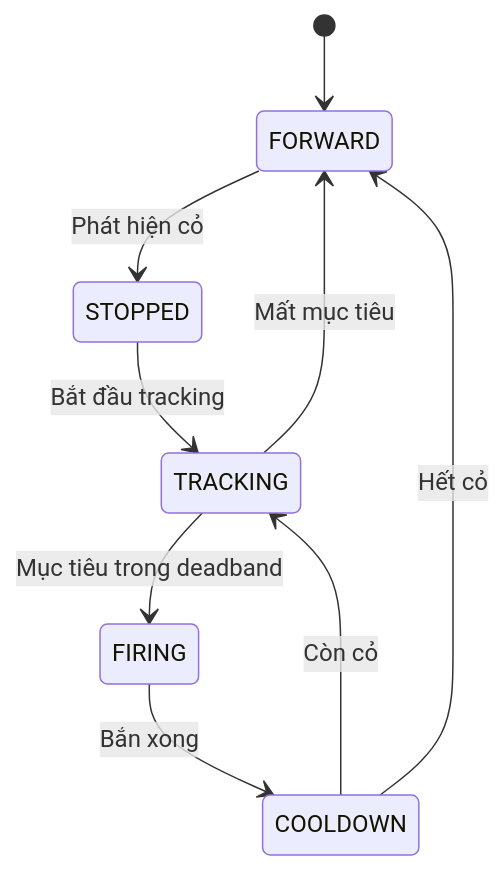
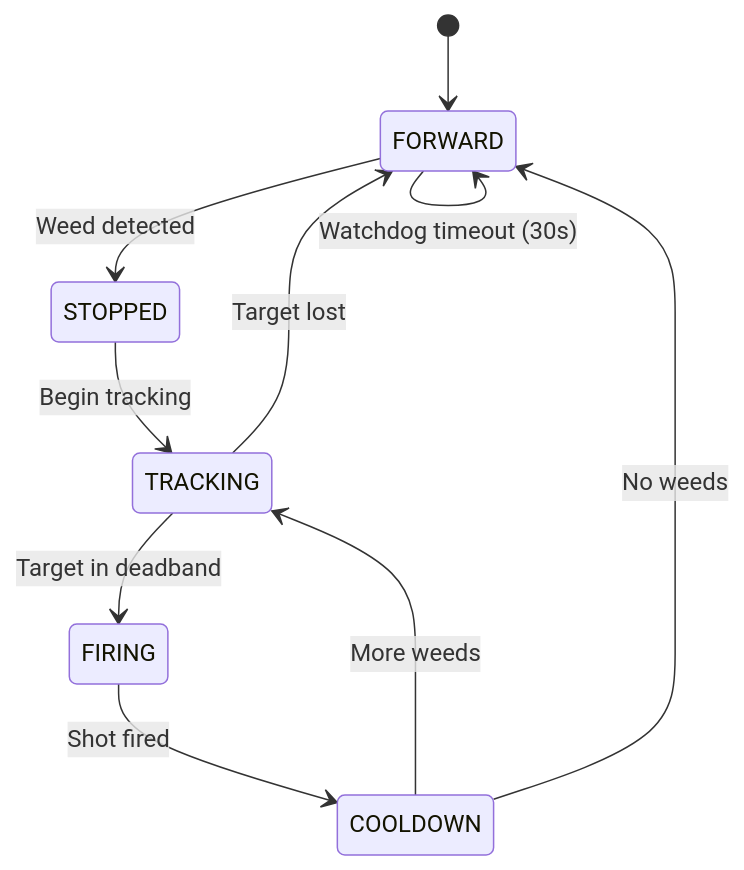
Before and after one commit to ngphong01/Detectgrass_IOT: the diagram in README.md, drawn with Mermaid. The commit also changed other lines of this file, not shown here.

````diff
--- a/README.md
+++ b/README.md
@@ -149,11 +238,12 @@
 ```mermaid
 stateDiagram-v2
     [*] --> FORWARD
-    FORWARD --> STOPPED : Phát hiện cỏ
-    STOPPED --> TRACKING : Bắt đầu tracking
-    TRACKING --> FIRING : Mục tiêu trong deadband
-    FIRING --> COOLDOWN : Bắn xong
-    COOLDOWN --> TRACKING : Còn cỏ
-    COOLDOWN --> FORWARD : Hết cỏ
-    TRACKING --> FORWARD : Mất mục tiêu
+    FORWARD --> STOPPED : Weed detected
+    STOPPED --> TRACKING : Begin tracking
+    TRACKING --> FIRING : Target in deadband
+    FIRING --> COOLDOWN : Shot fired
+    COOLDOWN --> TRACKING : More weeds
+    COOLDOWN --> FORWARD : No weeds
+    TRACKING --> FORWARD : Target lost
+    FORWARD --> FORWARD : Watchdog timeout (30s)
 ```
````
